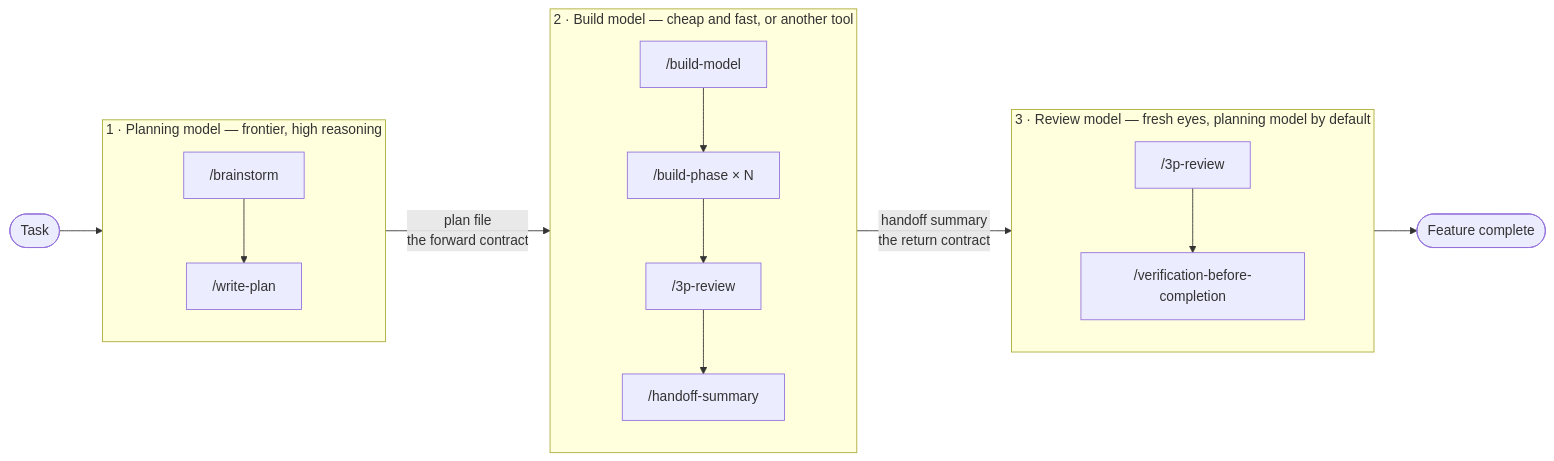
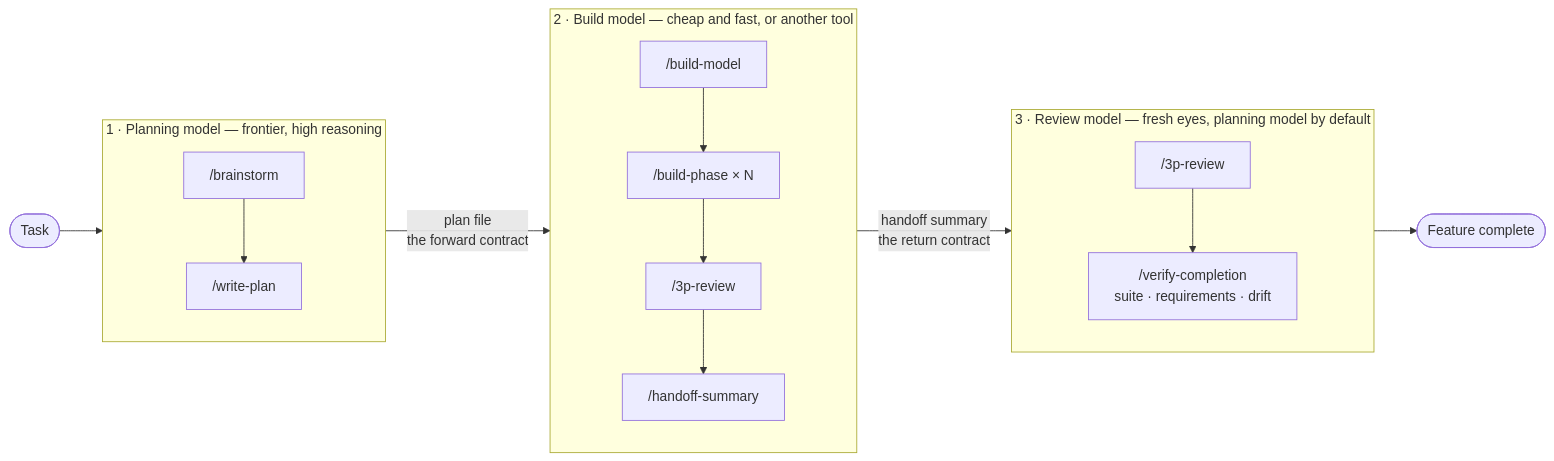
The diagram in README.md (nikhilw/structured-agentic-workflow), drawn with Mermaid before and after one commit. The commit also changed other lines of this file and 7 other files, not shown here.

````diff
--- a/README.md
+++ b/README.md
@@ -178,27 +199,27 @@
 ```mermaid
 flowchart LR
     Start([Task]) --> P
 
     subgraph P ["1 · Planning model — frontier, high reasoning"]
         direction TB
         P1["/brainstorm"] --> P2["/write-plan"]
     end
 
     P -->|"plan file<br/>the forward contract"| B
 
     subgraph B ["2 · Build model — cheap and fast, or another tool"]
         direction TB
         B1["/build-model"] --> B2["/build-phase × N"]
         B2 --> B3["/3p-review"]
         B3 --> B4["/handoff-summary"]
     end
 
     B -->|"handoff summary<br/>the return contract"| R
 
     subgraph R ["3 · Review model — fresh eyes, planning model by default"]
         direction TB
-        R1["/3p-review"] --> R2["/verification-before-completion"]
+        R1["/3p-review"] --> R2["/verify-completion<br/>suite · requirements · drift"]
     end
 
     R --> Done([Feature complete])
 ```
````
